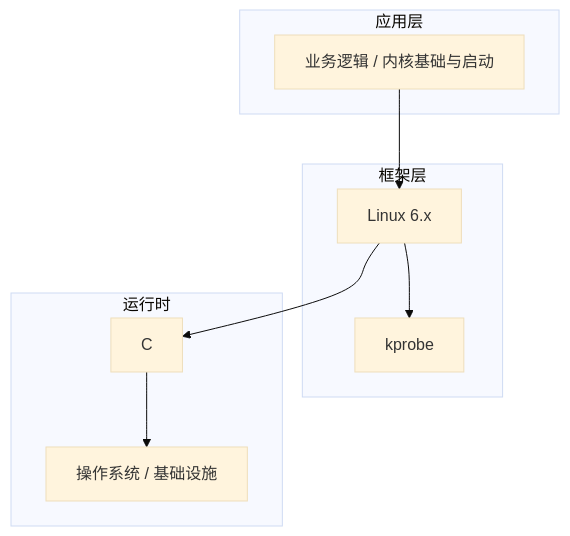
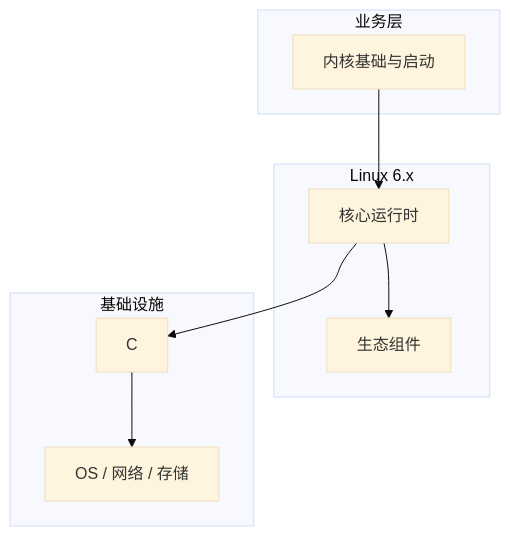
The diagram in articles/Linux内核/chapters/001-内核基础与启动核心概念与原理.md (yanggan2015/knowledge-json-v2), drawn with Mermaid (base theme) before and after one commit. The commit also changed other lines of this file and 10127 other files, not shown here.

````diff
--- a/articles/Linux内核/chapters/001-内核基础与启动核心概念与原理.md
+++ b/articles/Linux内核/chapters/001-内核基础与启动核心概念与原理.md
@@ -45,18 +34,18 @@
 ```mermaid
 graph TB
-    subgraph 应用层
-        A[业务逻辑 / 内核基础与启动]
+    subgraph 业务层
+        A[内核基础与启动]
     end
-    subgraph 框架层
-        B[Linux 6.x]
-        C[kprobe]
+    subgraph Linux 6.x
+        B[核心运行时]
+        C[生态组件]
     end
-    subgraph 运行时
+    subgraph 基础设施
         D[C]
-        E[操作系统 / 基础设施]
+        E[OS / 网络 / 存储]
     end
     A --> B
     B --> C
     B --> D
     D --> E
 ```
````
